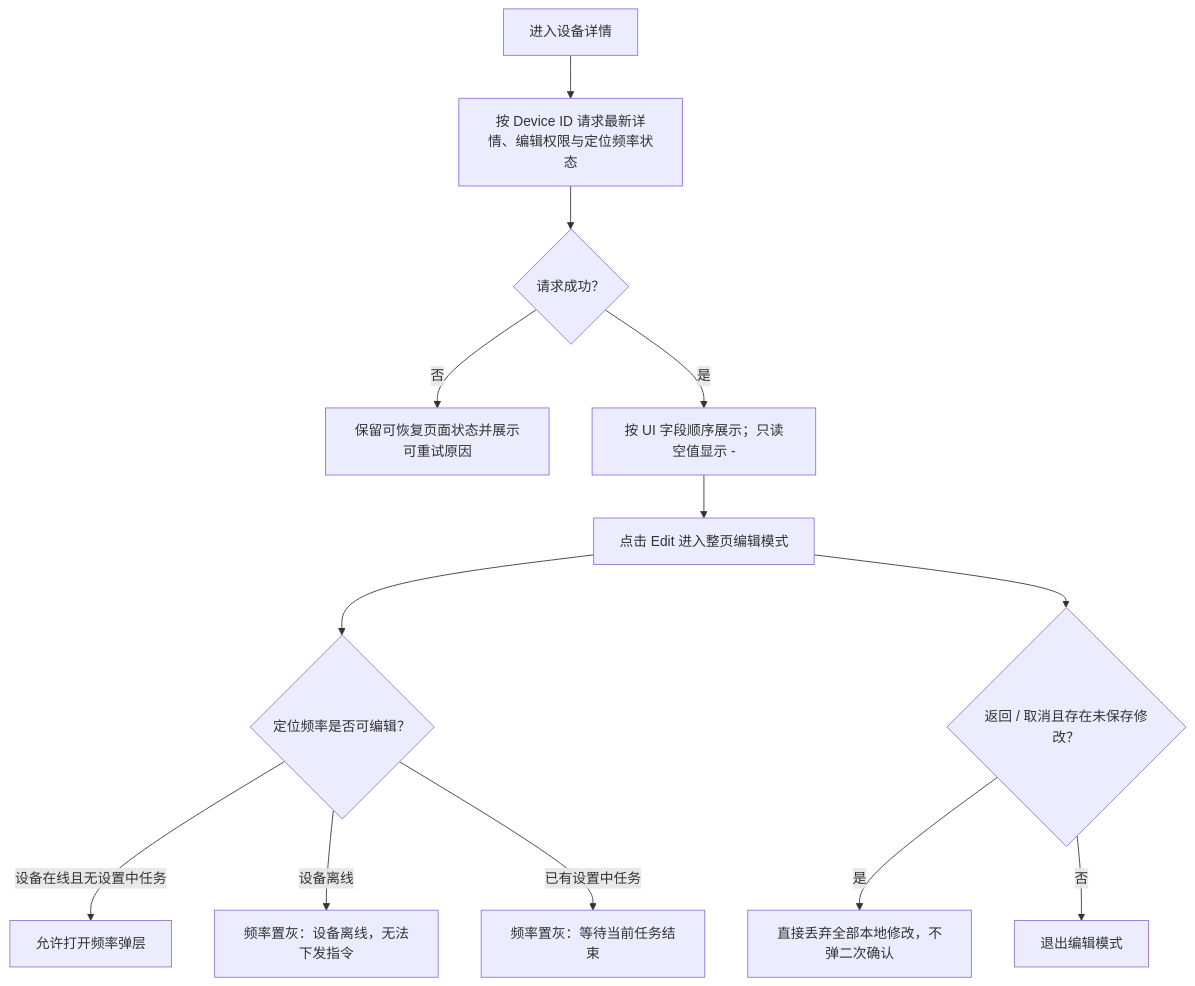
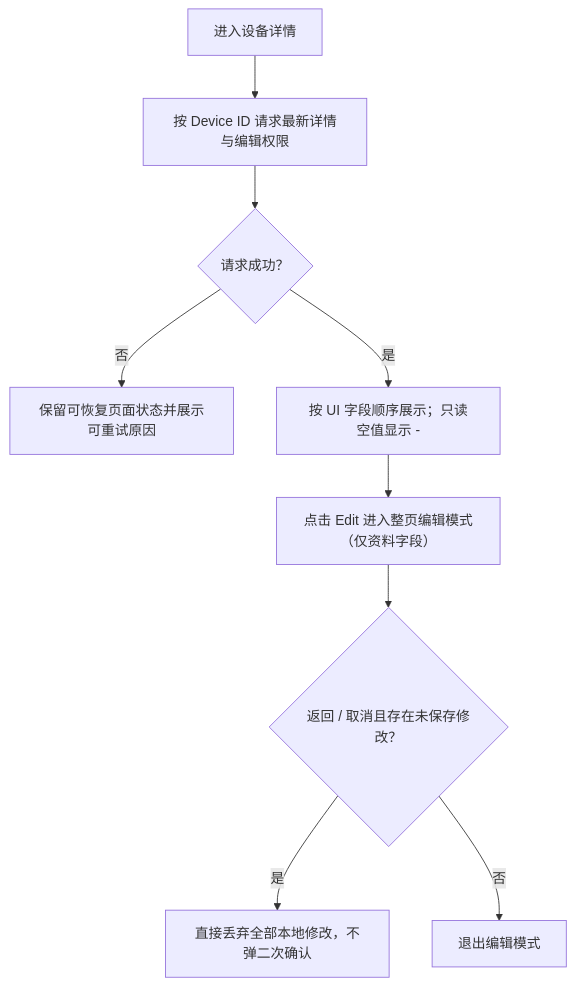
One commit to CuMgNa/skills changed diagram 12 of 16 in docs/manuals/革泰/逻辑大纲/革泰 APP 设备管理逻辑点梳理 plan.md. Above: the diagram before and after it, drawn with Mermaid. The commit also changed other lines of this file and 36 other files, not shown here.

````diff
--- a/docs/manuals/革泰/逻辑大纲/革泰 APP 设备管理逻辑点梳理 plan.md
+++ b/docs/manuals/革泰/逻辑大纲/革泰 APP 设备管理逻辑点梳理 plan.md
@@ -1013,15 +1012,11 @@
 ```mermaid
 flowchart TD
-    A["进入设备详情"] --> B["按 Device ID 请求最新详情、编辑权限与定位频率状态"]
+    A["进入设备详情"] --> B["按 Device ID 请求最新详情与编辑权限"]
     B --> C{"请求成功？"}
     C -->|"否"| C1["保留可恢复页面状态并展示可重试原因"]
     C -->|"是"| D["按 UI 字段顺序展示；只读空值显示 -"]
-    D --> E["点击 Edit 进入整页编辑模式"]
-    E --> F{"定位频率是否可编辑？"}
-    F -->|"设备在线且无设置中任务"| F1["允许打开频率弹层"]
-    F -->|"设备离线"| F2["频率置灰：设备离线，无法下发指令"]
-    F -->|"已有设置中任务"| F3["频率置灰：等待当前任务结束"]
+    D --> E["点击 Edit 进入整页编辑模式（仅资料字段）"]
     E --> G{"返回 / 取消且存在未保存修改？"}
     G -->|"是"| G1["直接丢弃全部本地修改，不弹二次确认"]
     G -->|"否"| G2["退出编辑模式"]
 ```
````
